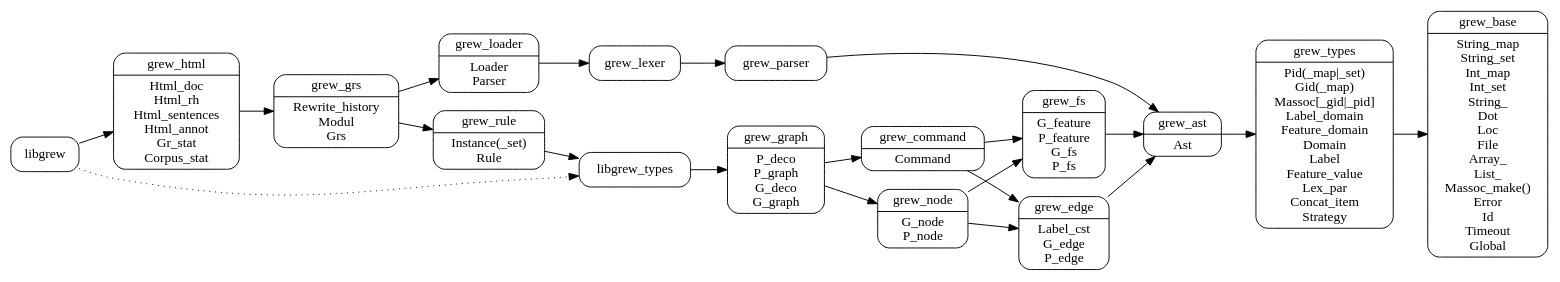
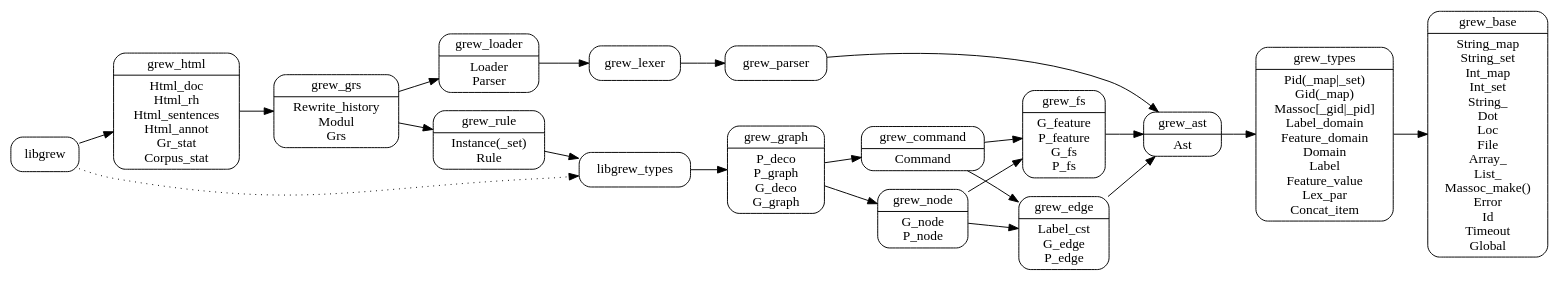
One commit to grew-nlp/grewlib changed the diagram in dev/arch.dot. Above: the diagram before and after it, drawn with Graphviz. The commit also changed 9 other files, not shown here.

```diff
--- a/dev/arch.dot
+++ b/dev/arch.dot
@@ -1,34 +1,34 @@
 digraph grew {
   node [shape=Mrecord];
   rankdir = LR;
   grew_base [label="grew_base|String_map\nString_set\nInt_map\nInt_set\nString_\nDot\nLoc\nFile\nArray_\nList_\nMassoc_make()\nError\nId\nTimeout\nGlobal"]
-  grew_types [label="grew_types|Pid(_map\|_set)\nGid(_map)\nMassoc[_gid\|_pid]\nLabel_domain\nFeature_domain\nDomain\nLabel\nFeature_value\nLex_par\nConcat_item\nStrategy"]
+  grew_types [label="grew_types|Pid(_map\|_set)\nGid(_map)\nMassoc[_gid\|_pid]\nLabel_domain\nFeature_domain\nDomain\nLabel\nFeature_value\nLex_par\nConcat_item"]
   grew_ast [label="grew_ast|Ast"]
   grew_loader [label="grew_loader|Loader\nParser"]
   grew_fs [label="grew_fs|G_feature\nP_feature\nG_fs\nP_fs"]
   grew_edge [label="grew_edge|Label_cst\nG_edge\nP_edge"]
   grew_node [label="grew_node|G_node\nP_node"]
   grew_command [label="grew_command|Command"]
   grew_graph [label="grew_graph|P_deco\nP_graph\nG_deco\nG_graph"]
   grew_rule [label="grew_rule|Instance(_set)\nRule"]
   grew_grs [label="grew_grs|Rewrite_history\nModul\nGrs"]
   grew_html [label="grew_html|Html_doc\nHtml_rh\nHtml_sentences\nHtml_annot\nGr_stat\nCorpus_stat"]
 
 grew_ast -> grew_types -> grew_base
 grew_edge -> grew_ast
 grew_fs -> grew_ast
 grew_command -> grew_edge
 grew_command -> grew_fs
 grew_node -> grew_edge
 grew_node -> grew_fs
 grew_graph -> grew_node
 grew_graph -> grew_command
 libgrew_types -> grew_graph
 grew_rule -> libgrew_types
 grew_grs -> grew_rule
 grew_grs -> grew_loader -> grew_lexer -> grew_parser -> grew_ast
 grew_html -> grew_grs
 libgrew -> grew_html
 
 libgrew -> libgrew_types [style=dotted]
 }
```
